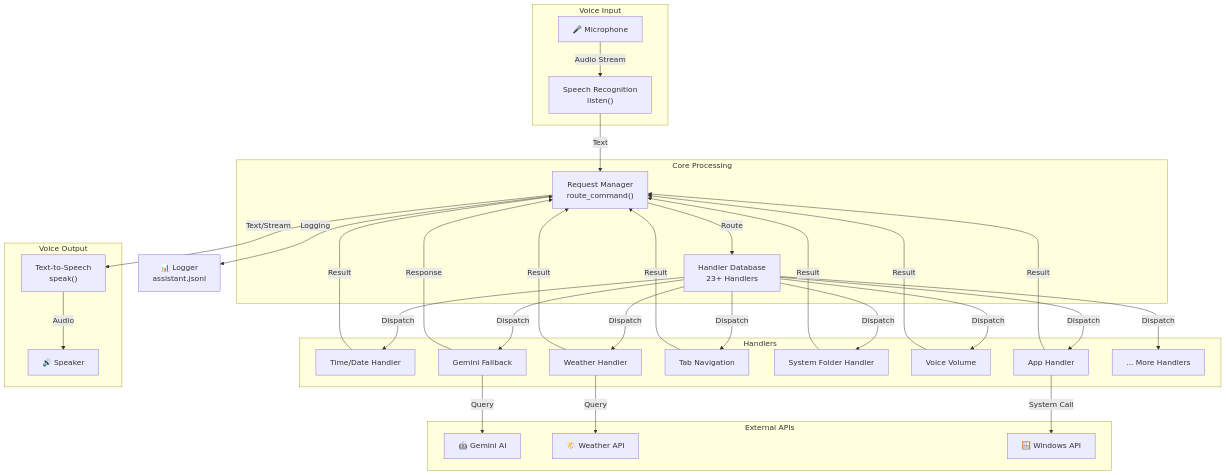
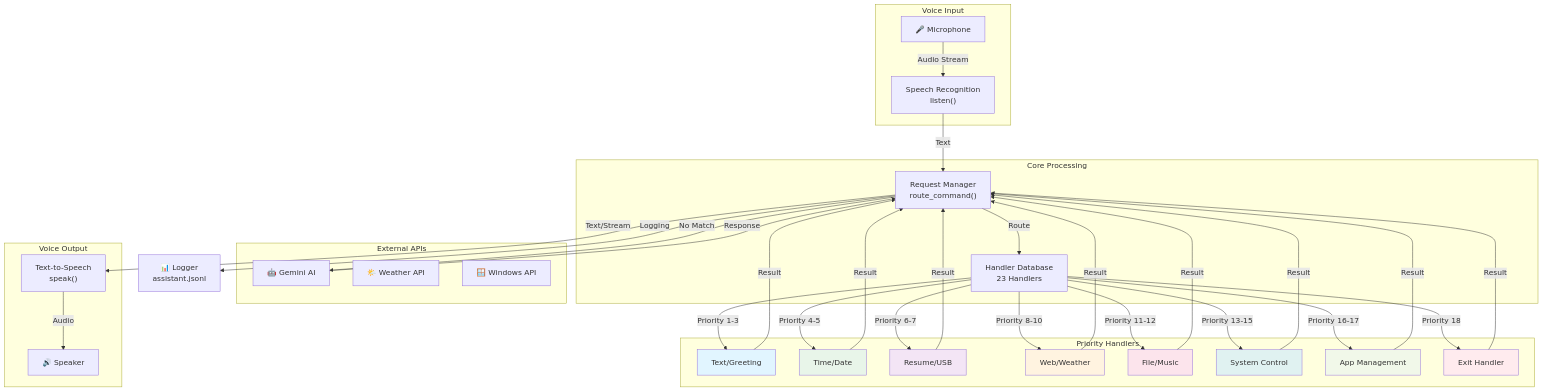
One commit to KGFCH2/OIBSIP changed the first of 4 diagrams in Voice Assistant/EchoMind AI/README.md. Above: the diagram before and after it, drawn with Mermaid. The commit also changed other lines of this file and 7 other files, not shown here.

````diff
--- a/Voice Assistant/EchoMind AI/README.md
+++ b/Voice Assistant/EchoMind AI/README.md
@@ -140,61 +139,71 @@
 ```mermaid
 graph TB
     subgraph "Voice Input"
         MIC["🎤 Microphone"]
         SR["Speech Recognition<br/>listen()"]
     end
     
     subgraph "Core Processing"
         RM["Request Manager<br/>route_command()"]
-        HDB["Handler Database<br/>23+ Handlers"]
+        HDB["Handler Database<br/>23 Handlers"]
     end
     
-    subgraph "Handlers"
-        H1["Time/Date Handler"]
-        H2["Weather Handler"]
-        H3["App Handler"]
-        H4["Tab Navigation"]
-        H5["System Folder Handler"]
-        H6["Voice Volume"]
-        H7["Gemini Fallback"]
-        H8["... More Handlers"]
+    subgraph "Priority Handlers"
+        H1["Text/Greeting"]
+        H2["Time/Date"]
+        H3["Resume/USB"]
+        H4["Web/Weather"]
+        H5["File/Music"]
+        H6["System Control"]
+        H7["App Management"]
+        H8["Exit Handler"]
     end
     
     subgraph "External APIs"
         GEMINI["🤖 Gemini AI"]
         WEATHER["🌤️ Weather API"]
         WINDOWS["🪟 Windows API"]
     end
     
     subgraph "Voice Output"
         TTS["Text-to-Speech<br/>speak()"]
         SPK["🔊 Speaker"]
     end
     
     MIC -->|Audio Stream| SR
     SR -->|Text| RM
     RM -->|Route| HDB
-    HDB -->|Dispatch| H1
-    HDB -->|Dispatch| H2
-    HDB -->|Dispatch| H3
-    HDB -->|Dispatch| H4
-    HDB -->|Dispatch| H5
-    HDB -->|Dispatch| H6
-    HDB -->|Dispatch| H7
-    HDB -->|Dispatch| H8
+    HDB -->|Priority 1-3| H1
+    HDB -->|Priority 4-5| H2
+    HDB -->|Priority 6-7| H3
+    HDB -->|Priority 8-10| H4
+    HDB -->|Priority 11-12| H5
+    HDB -->|Priority 13-15| H6
+    HDB -->|Priority 16-17| H7
+    HDB -->|Priority 18| H8
     
     H1 -->|Result| RM
     H2 -->|Result| RM
     H3 -->|Result| RM
     H4 -->|Result| RM
     H5 -->|Result| RM
     H6 -->|Result| RM
-    H7 -->|Query| GEMINI
-    H7 -->|Response| RM
-    H2 -->|Query| WEATHER
-    H3 -->|System Call| WINDOWS
+    H7 -->|Result| RM
+    H8 -->|Result| RM
+    
+    RM -->|No Match| GEMINI
+    GEMINI -->|Response| RM
     
     RM -->|Text/Stream| TTS
     TTS -->|Audio| SPK
     RM -->|Logging| LOG["📊 Logger<br/>assistant.jsonl"]
+    
+    style H1 fill:#e1f5ff
+    style H2 fill:#e8f5e9
+    style H3 fill:#f3e5f5
+    style H4 fill:#fff3e0
+    style H5 fill:#fce4ec
+    style H6 fill:#e0f2f1
+    style H7 fill:#f1f8e9
+    style H8 fill:#ffebee
 ```
````
